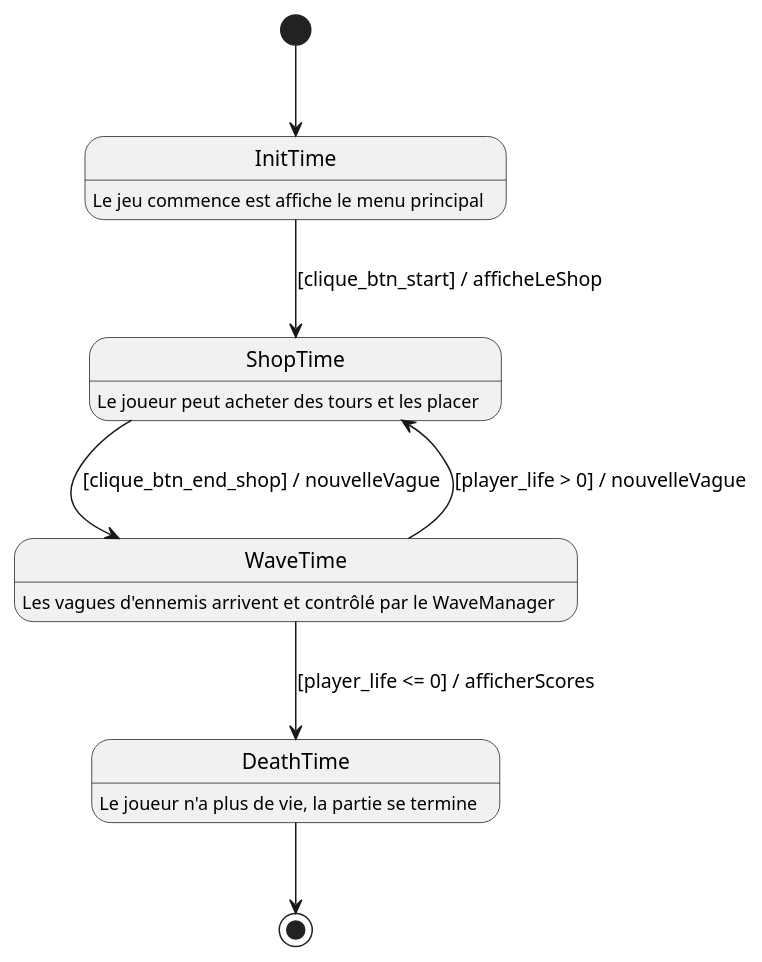
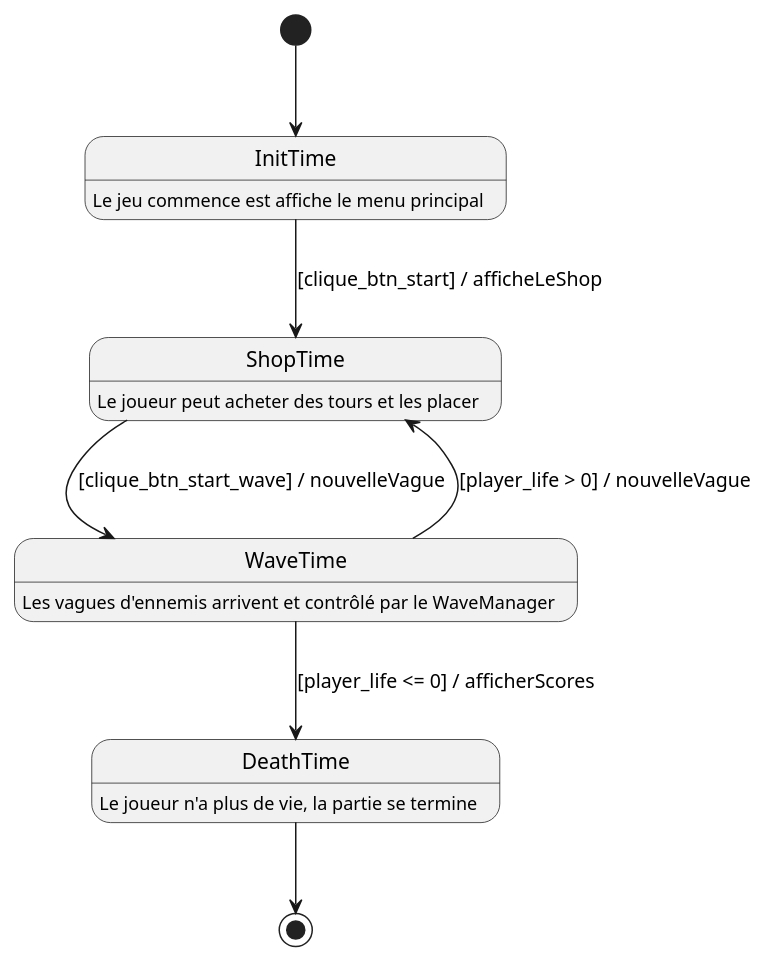
One commit to bobylatruffe/tower_defense changed the diagram in uml_etat.plantuml. Above: the diagram before and after it, drawn with PlantUML. The commit also changed 3 other files, not shown here.

```diff
--- a/uml_etat.plantuml
+++ b/uml_etat.plantuml
@@ -1,16 +1,16 @@
 @startuml "tower_defense_etat"
 [*] --> InitTime
 InitTime : Le jeu commence est affiche le menu principal
 
 InitTime --> ShopTime : [clique_btn_start] / afficheLeShop
 ShopTime : Le joueur peut acheter des tours et les placer
 
-ShopTime --> WaveTime : [clique_btn_end_shop] / nouvelleVague
+ShopTime --> WaveTime : [clique_btn_start_wave] / nouvelleVague
 WaveTime : Les vagues d'ennemis arrivent et contrôlé par le WaveManager
 
 WaveTime --> ShopTime : [player_life > 0] / nouvelleVague
 
 WaveTime --> DeathTime : [player_life <= 0] / afficherScores
 DeathTime : Le joueur n'a plus de vie, la partie se termine
 DeathTime --> [*]
 @enduml 
```
